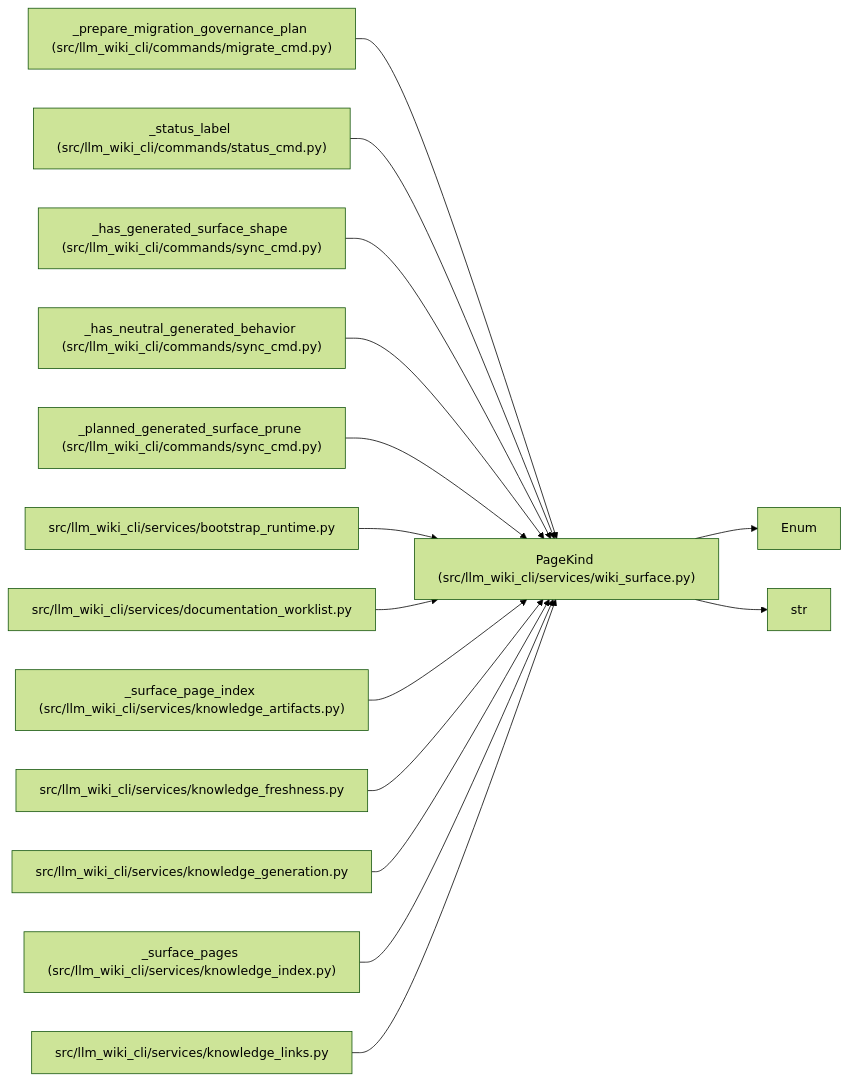
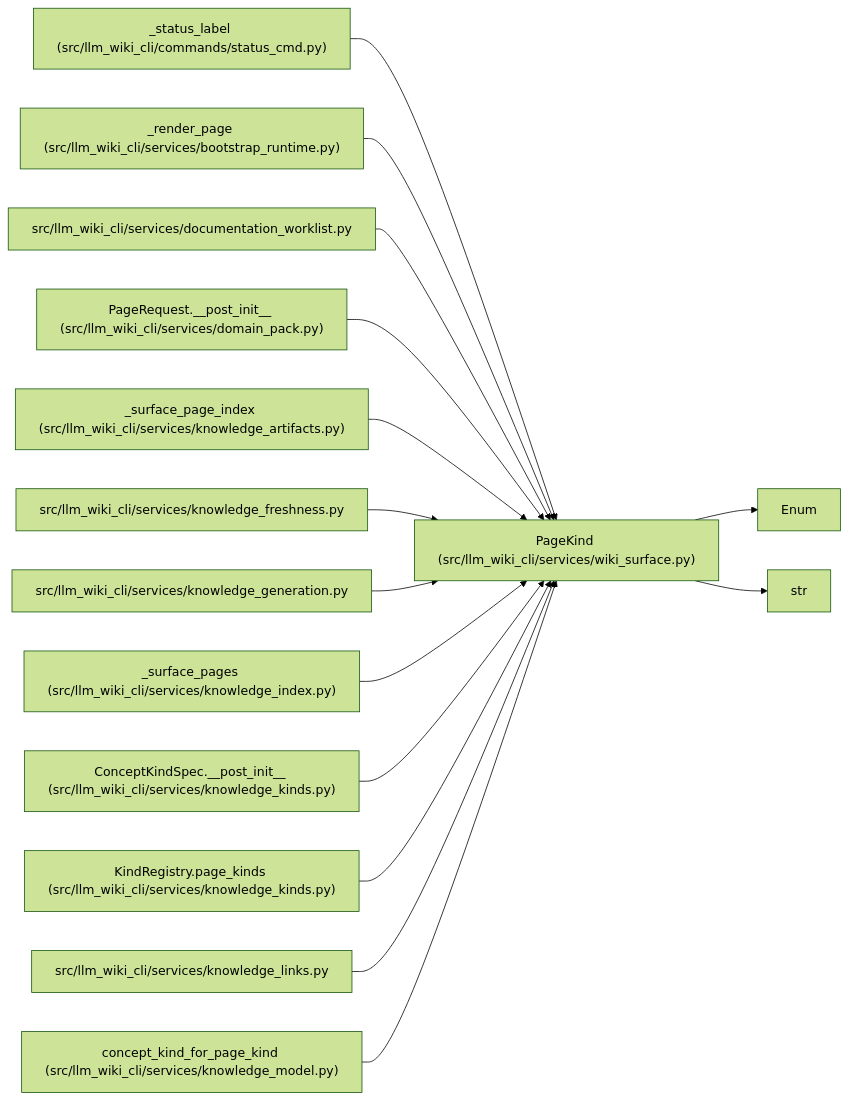
Before and after one commit to Denissvgn/python-wiki-llm: the diagram in docs/llm_wiki/entities/PageKind.md, drawn with Mermaid (forest theme). The commit also changed other lines of this file and 1555 other files, not shown here.

````diff
--- a/docs/llm_wiki/entities/PageKind.md
+++ b/docs/llm_wiki/entities/PageKind.md
@@ -35,45 +35,45 @@
 ```mermaid
 flowchart LR
     n0["PageKind (src/llm_wiki_cli/services/wiki_surface.py)"]
     n1["Enum"]
     n2["str"]
-    n3["_prepare_migration_governance_plan (src/llm_wiki_cli/commands/migrate_cmd.py)"]
-    n4["_status_label (src/llm_wiki_cli/commands/status_cmd.py)"]
-    n5["_has_generated_surface_shape (src/llm_wiki_cli/commands/sync_cmd.py)"]
-    n6["_has_neutral_generated_behavior (src/llm_wiki_cli/commands/sync_cmd.py)"]
-    n7["_planned_generated_surface_prune (src/llm_wiki_cli/commands/sync_cmd.py)"]
-    n8["src/llm_wiki_cli/services/bootstrap_runtime.py"]
-    n9["src/llm_wiki_cli/services/documentation_worklist.py"]
-    n10["_surface_page_index (src/llm_wiki_cli/services/knowledge_artifacts.py)"]
-    n11["src/llm_wiki_cli/services/knowledge_freshness.py"]
-    n12["src/llm_wiki_cli/services/knowledge_generation.py"]
-    n13["_surface_pages (src/llm_wiki_cli/services/knowledge_index.py)"]
-    n14["src/llm_wiki_cli/services/knowledge_links.py"]
+    n3["_status_label (src/llm_wiki_cli/commands/status_cmd.py)"]
+    n4["_render_page (src/llm_wiki_cli/services/bootstrap_runtime.py)"]
+    n5["src/llm_wiki_cli/services/documentation_worklist.py"]
+    n6["PageRequest.__post_init__ (src/llm_wiki_cli/services/domain_pack.py)"]
+    n7["_surface_page_index (src/llm_wiki_cli/services/knowledge_artifacts.py)"]
+    n8["src/llm_wiki_cli/services/knowledge_freshness.py"]
+    n9["src/llm_wiki_cli/services/knowledge_generation.py"]
+    n10["_surface_pages (src/llm_wiki_cli/services/knowledge_index.py)"]
+    n11["ConceptKindSpec.__post_init__ (src/llm_wiki_cli/services/knowledge_kinds.py)"]
+    n12["KindRegistry.page_kinds (src/llm_wiki_cli/services/knowledge_kinds.py)"]
+    n13["src/llm_wiki_cli/services/knowledge_links.py"]
+    n14["concept_kind_for_page_kind (src/llm_wiki_cli/services/knowledge_model.py)"]
     n0 --> n1
     n0 --> n2
     n3 --> n0
     n4 --> n0
     n5 --> n0
     n6 --> n0
     n7 --> n0
     n8 --> n0
     n9 --> n0
     n10 --> n0
     n11 --> n0
     n12 --> n0
     n13 --> n0
     n14 --> n0
     click n0 "../modules/wiki_surface.md"
-    click n3 "../modules/migrate_cmd.md"
-    click n4 "../modules/status_cmd.md"
-    click n5 "../modules/sync_cmd.md"
-    click n6 "../modules/sync_cmd.md"
-    click n7 "../modules/sync_cmd.md"
-    click n8 "../modules/bootstrap_runtime.md"
-    click n9 "../modules/documentation_worklist.md"
-    click n10 "../modules/knowledge_artifacts.md"
-    click n11 "../modules/knowledge_freshness.md"
-    click n12 "../modules/knowledge_generation.md"
-    click n13 "../modules/knowledge_index.md"
-    click n14 "../modules/knowledge_links.md"
+    click n3 "../modules/status_cmd.md"
+    click n4 "../modules/bootstrap_runtime.md"
+    click n5 "../modules/documentation_worklist.md"
+    click n6 "../modules/domain_pack.md"
+    click n7 "../modules/knowledge_artifacts.md"
+    click n8 "../modules/knowledge_freshness.md"
+    click n9 "../modules/knowledge_generation.md"
+    click n10 "../modules/knowledge_index.md"
+    click n11 "../modules/knowledge_kinds.md"
+    click n12 "../modules/knowledge_kinds.md"
+    click n13 "../modules/knowledge_links.md"
+    click n14 "../modules/knowledge_model.md"
 ```
````
